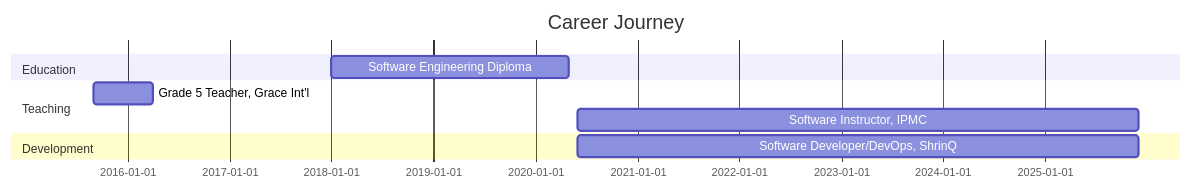
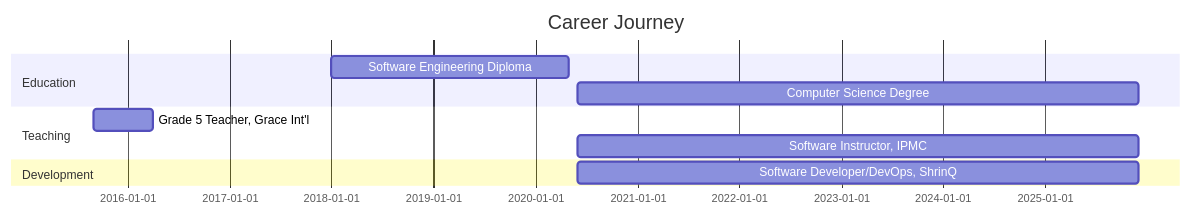
One commit to voltRebel/voltRebel changed the diagram in README.md. Above: the diagram before and after it, drawn with Mermaid. The commit also changed other lines of this file, not shown here.

````diff
--- a/README.md
+++ b/README.md
@@ -326,12 +405,13 @@
 ```mermaid
 gantt
     title Career Journey
     dateFormat YYYY-MM
     section Education
     Software Engineering Diploma :2018-01, 2020-05
+    Computer Science Degree :2020-06, 2025-12
     section Teaching
     Grade 5 Teacher, Grace Int'l :2015-09, 2016-04
     Software Instructor, IPMC :2020-06, 2025-12
     section Development
     Software Developer/DevOps, ShrinQ :2020-06, 2025-12
 ```
````
